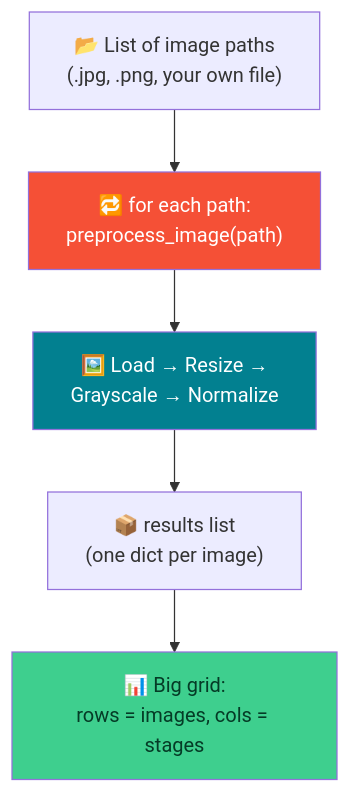
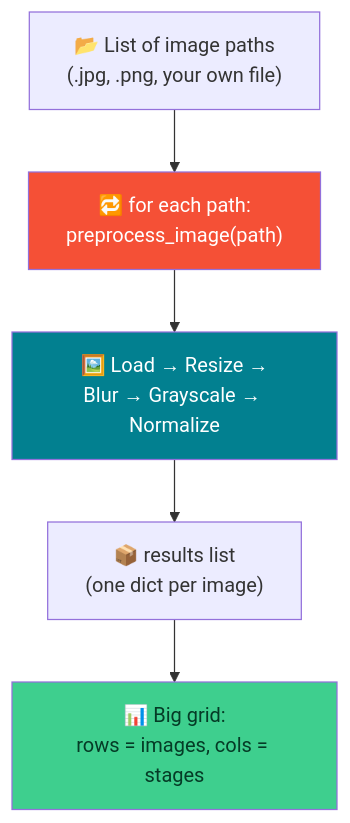
The second of 2 diagrams in Practical/Week 1.md (therishiraj/CSE471-DLCV), drawn with Mermaid before and after one commit. The commit also changed other lines of this file, not shown here.

````diff
--- a/Practical/Week 1.md
+++ b/Practical/Week 1.md
@@ -229,10 +449,10 @@
 ```mermaid
 flowchart TD
     L["📂 List of image paths<br/>(.jpg, .png, your own file)"] --> F["🔁 for each path:<br/>preprocess_image(path)"]
-    F --> P["🖼️ Load → Resize →<br/>Grayscale → Normalize"]
+    F --> P["🖼️ Load → Resize →<br/>Blur → Grayscale → Normalize"]
     P --> R["📦 results list<br/>(one dict per image)"]
     R --> G["📊 Big grid:<br/>rows = images, cols = stages"]
     style F fill:#F55036,color:#fff
     style P fill:#028090,color:#fff
     style G fill:#3ECF8E,color:#053b26
 ```
````
